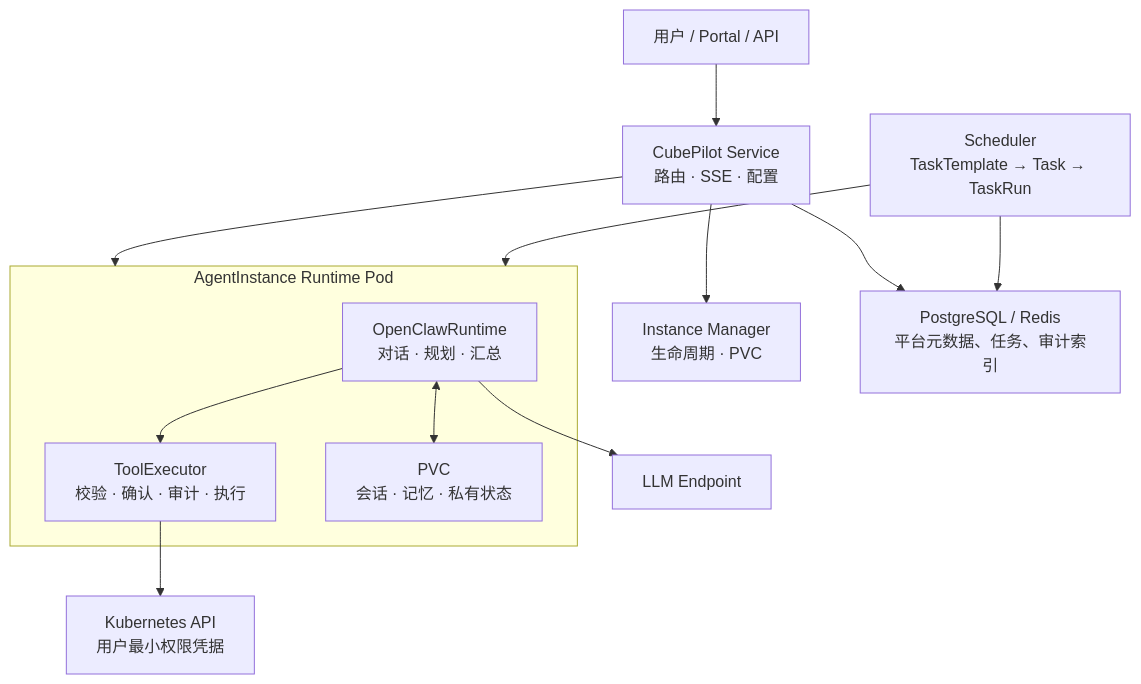
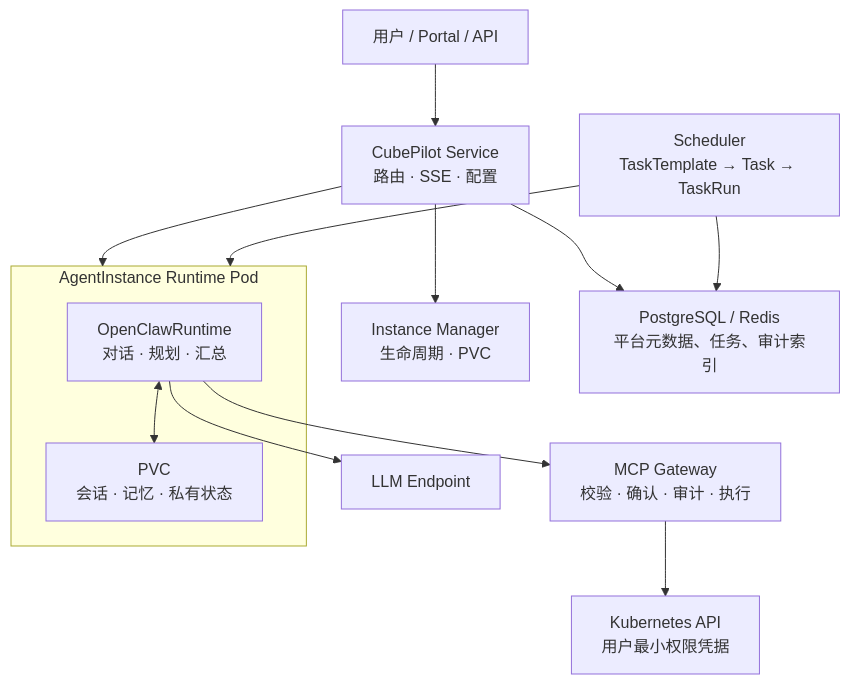
Before and after one commit to suanova/cubepilot: the diagram in docs/cubepilot/CubePilot-Cloud-for-Agents-Simplified-Design.md, drawn with Mermaid. The commit also changed other lines of this file, not shown here.

First line of the commit message:
docs(cubepilot): MCP Gateway as execution boundary, collapse generic tools

````diff
--- a/docs/cubepilot/CubePilot-Cloud-for-Agents-Simplified-Design.md
+++ b/docs/cubepilot/CubePilot-Cloud-for-Agents-Simplified-Design.md
@@ -42,20 +42,19 @@
 ```mermaid
 flowchart TB
     U["用户 / Portal / API"] --> S["CubePilot Service\n路由 · SSE · 配置"]
     S --> IM["Instance Manager\n生命周期 · PVC"]
     S --> RT
     SCH["Scheduler\nTaskTemplate → Task → TaskRun"] --> RT
 
     subgraph RT["AgentInstance Runtime Pod"]
       OC["OpenClawRuntime\n对话 · 规划 · 汇总"]
-      TE["ToolExecutor\n校验 · 确认 · 审计 · 执行"]
       PVC["PVC\n会话 · 记忆 · 私有状态"]
-      OC --> TE
       OC <--> PVC
     end
 
-    TE --> K["Kubernetes API\n用户最小权限凭据"]
+    OC --> GW["MCP Gateway\n校验 · 确认 · 审计 · 执行"]
+    GW --> K["Kubernetes API\n用户最小权限凭据"]
     OC --> L["LLM Endpoint"]
     S --> DB["PostgreSQL / Redis\n平台元数据、任务、审计索引"]
     SCH --> DB
 ```
````
